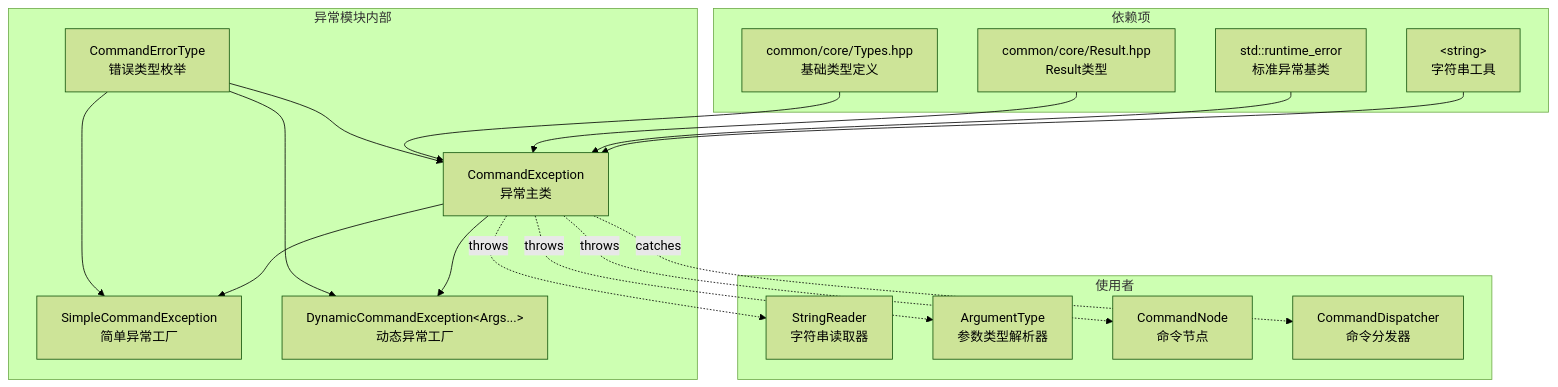
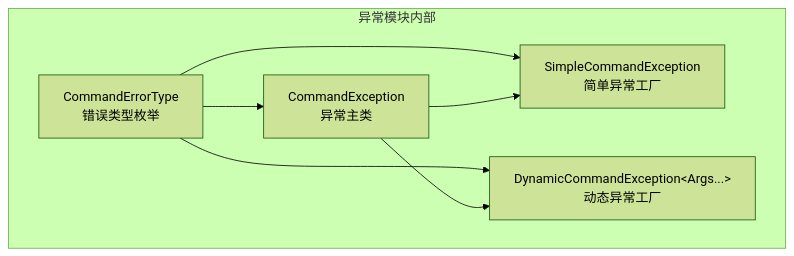
The diagram in src/common/command/exceptions/README.md (g122622/Cubium), drawn with Mermaid (forest theme) before and after one commit. The commit also changed other lines of this file and 298 other files, not shown here.

````diff
--- a/src/common/command/exceptions/README.md
+++ b/src/common/command/exceptions/README.md
@@ -159,40 +14,15 @@
 ```mermaid
 graph TB
     subgraph "异常模块内部"
         CommandErrorType["CommandErrorType<br/>错误类型枚举"]
         CommandException["CommandException<br/>异常主类"]
         SimpleCommandException["SimpleCommandException<br/>简单异常工厂"]
         DynamicCommandException["DynamicCommandException&lt;Args...&gt;<br/>动态异常工厂"]
     end
 
-    subgraph "依赖项"
-        Types["common/core/Types.hpp<br/>基础类型定义"]
-        Result["common/core/Result.hpp<br/>Result类型"]
-        std_runtime_error["std::runtime_error<br/>标准异常基类"]
-        string["&lt;string&gt;<br/>字符串工具"]
-    end
-
-    subgraph "使用者"
-        StringReader["StringReader<br/>字符串读取器"]
-        ArgumentType["ArgumentType<br/>参数类型解析器"]
-        CommandNode["CommandNode<br/>命令节点"]
-        CommandDispatcher["CommandDispatcher<br/>命令分发器"]
-    end
-
     CommandErrorType --> CommandException
     CommandErrorType --> SimpleCommandException
     CommandErrorType --> DynamicCommandException
-
     CommandException --> SimpleCommandException
     CommandException --> DynamicCommandException
-
-    Types --> CommandException
-    Result --> CommandException
-    std_runtime_error --> CommandException
-    string --> CommandException
-
-    CommandException -.->|throws| StringReader
-    CommandException -.->|throws| ArgumentType
-    CommandException -.->|throws| CommandNode
-    CommandException -.->|catches| CommandDispatcher
 ```
````
